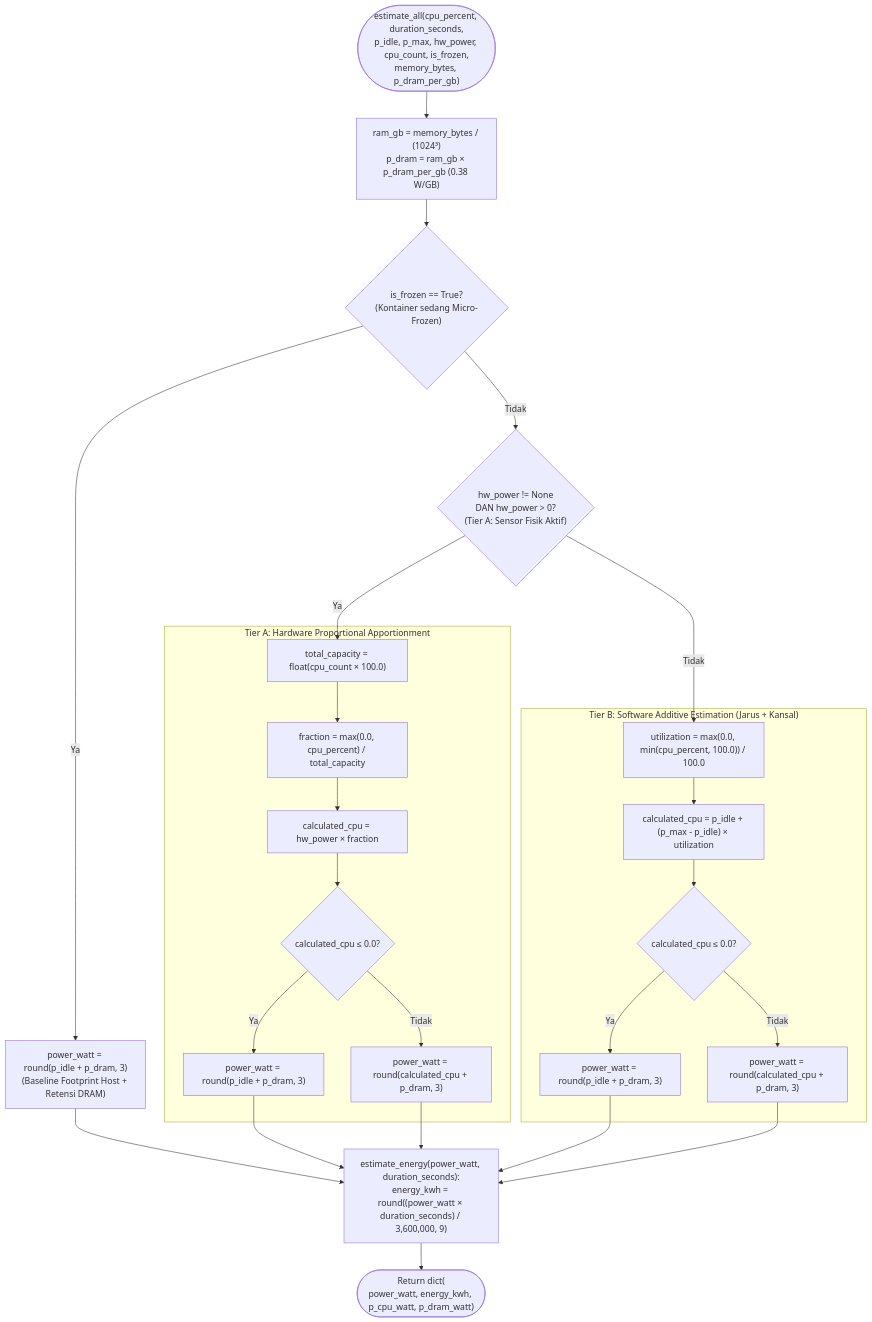
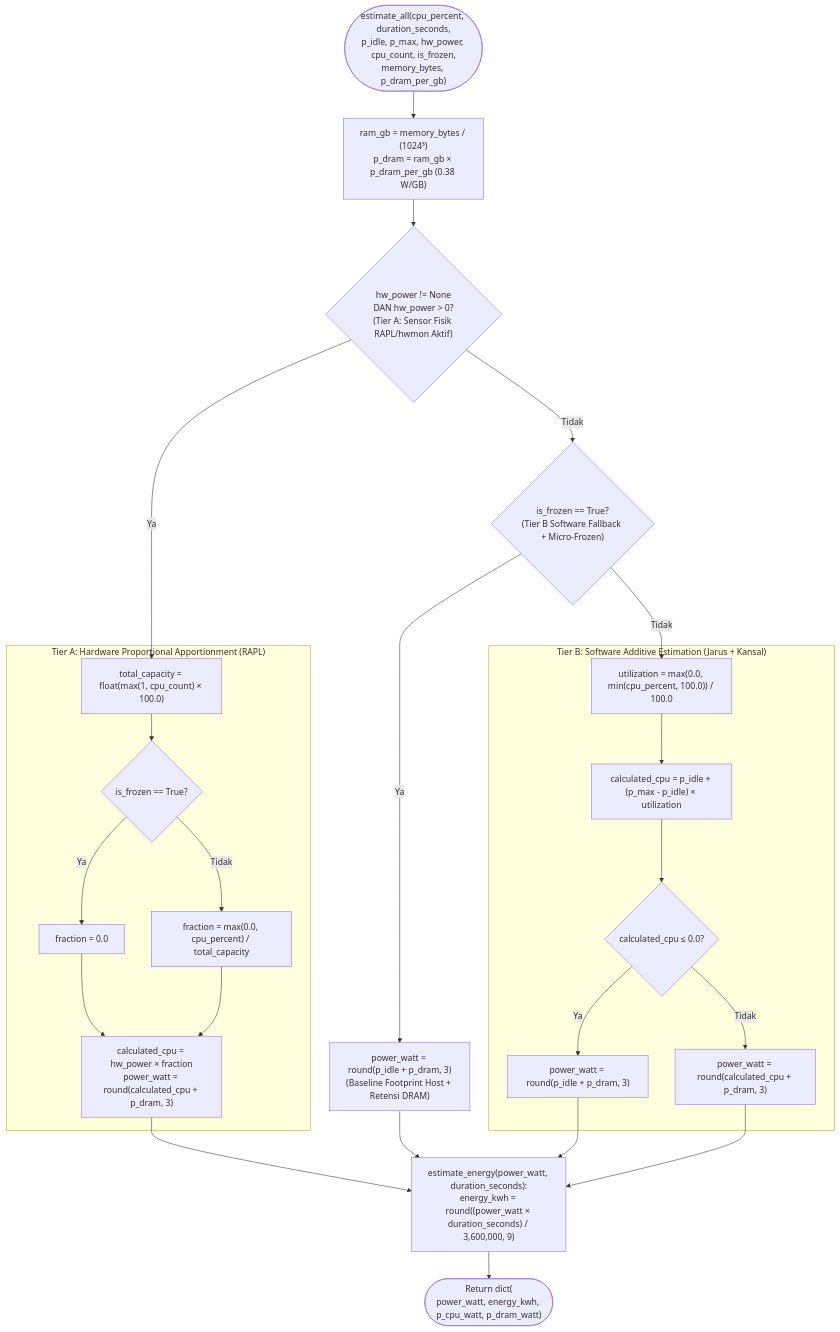
One commit to fauzanreza/green-container-framework changed the first of 2 diagrams in architecture-diagrams/supplementary/01_energy_estimator.md. Above: the diagram before and after it, drawn with Mermaid. The commit also changed other lines of this file and 9 other files, not shown here.

Commit message:
docs & fix: align architecture, PRD, diagrams, and 3-stage experiment harness

````diff
--- a/architecture-diagrams/supplementary/01_energy_estimator.md
+++ b/architecture-diagrams/supplementary/01_energy_estimator.md
@@ -20,58 +22,57 @@
 ```mermaid
 flowchart TD
     START(["estimate_all(cpu_percent, duration_seconds,<br/>p_idle, p_max, hw_power, cpu_count, is_frozen,<br/>memory_bytes, p_dram_per_gb)"])
 
     CALC_DRAM["ram_gb = memory_bytes / (1024³)<br/>p_dram = ram_gb × p_dram_per_gb (0.38 W/GB)"]
 
-    CHECK_FROZEN{"is_frozen == True?<br/>(Kontainer sedang Micro-Frozen)"}
+    CHECK_HW{"hw_power != None<br/>DAN hw_power > 0?<br/>(Tier A: Sensor Fisik RAPL/hwmon Aktif)"}
+
+    subgraph HW_MODE["Tier A: Hardware Proportional Apportionment (RAPL)"]
+        CALC_CAPACITY["total_capacity = float(max(1, cpu_count) × 100.0)"]
+        CHECK_HW_FROZEN{"is_frozen == True?"}
+        FRAC_ZERO["fraction = 0.0"]
+        CALC_FRACTION["fraction = max(0.0, cpu_percent) / total_capacity"]
+        CALC_HW_WATT["calculated_cpu = hw_power × fraction<br/>power_watt = round(calculated_cpu + p_dram, 3)"]
+    end
+
+    CHECK_FROZEN{"is_frozen == True?<br/>(Tier B Software Fallback + Micro-Frozen)"}
     SET_IDLE_POWER["power_watt = round(p_idle + p_dram, 3)<br/>(Baseline Footprint Host + Retensi DRAM)"]
-
-    CHECK_HW{"hw_power != None<br/>DAN hw_power > 0?<br/>(Tier A: Sensor Fisik Aktif)"}
-
-    subgraph HW_MODE["Tier A: Hardware Proportional Apportionment"]
-        CALC_CAPACITY["total_capacity = float(cpu_count × 100.0)"]
-        CALC_FRACTION["fraction = max(0.0, cpu_percent) / total_capacity"]
-        CALC_HW_WATT["calculated_cpu = hw_power × fraction"]
-        CHECK_HW_ZERO{"calculated_cpu ≤ 0.0?"}
-        HW_FALLBACK_IDLE["power_watt = round(p_idle + p_dram, 3)"]
-        HW_FINAL["power_watt = round(calculated_cpu + p_dram, 3)"]
-    end
 
     subgraph SW_MODE["Tier B: Software Additive Estimation (Jarus + Kansal)"]
         CALC_UTIL["utilization = max(0.0, min(cpu_percent, 100.0)) / 100.0"]
         CALC_SW_WATT["calculated_cpu = p_idle + (p_max - p_idle) × utilization"]
         CHECK_SW_ZERO{"calculated_cpu ≤ 0.0?"}
         SW_FALLBACK_IDLE["power_watt = round(p_idle + p_dram, 3)"]
         SW_FINAL["power_watt = round(calculated_cpu + p_dram, 3)"]
     end
 
     CALC_KWH["estimate_energy(power_watt, duration_seconds):<br/>energy_kwh = round((power_watt × duration_seconds) / 3,600,000, 9)"]
 
     RETURN(["Return dict(<br/>power_watt, energy_kwh, p_cpu_watt, p_dram_watt)"])
 
     START --> CALC_DRAM
-    CALC_DRAM --> CHECK_FROZEN
-    CHECK_FROZEN -->|Ya| SET_IDLE_POWER
-    CHECK_FROZEN -->|Tidak| CHECK_HW
+    CALC_DRAM --> CHECK_HW
 
     CHECK_HW -->|Ya| CALC_CAPACITY
-    CALC_CAPACITY --> CALC_FRACTION
+    CALC_CAPACITY --> CHECK_HW_FROZEN
+    CHECK_HW_FROZEN -->|Ya| FRAC_ZERO
+    CHECK_HW_FROZEN -->|Tidak| CALC_FRACTION
+    FRAC_ZERO --> CALC_HW_WATT
     CALC_FRACTION --> CALC_HW_WATT
-    CALC_HW_WATT --> CHECK_HW_ZERO
-    CHECK_HW_ZERO -->|Ya| HW_FALLBACK_IDLE
-    CHECK_HW_ZERO -->|Tidak| HW_FINAL
 
-    CHECK_HW -->|Tidak| CALC_UTIL
+    CHECK_HW -->|Tidak| CHECK_FROZEN
+    CHECK_FROZEN -->|Ya| SET_IDLE_POWER
+    CHECK_FROZEN -->|Tidak| CALC_UTIL
+
     CALC_UTIL --> CALC_SW_WATT
     CALC_SW_WATT --> CHECK_SW_ZERO
     CHECK_SW_ZERO -->|Ya| SW_FALLBACK_IDLE
     CHECK_SW_ZERO -->|Tidak| SW_FINAL
 
+    CALC_HW_WATT --> CALC_KWH
     SET_IDLE_POWER --> CALC_KWH
-    HW_FALLBACK_IDLE --> CALC_KWH
-    HW_FINAL --> CALC_KWH
     SW_FALLBACK_IDLE --> CALC_KWH
     SW_FINAL --> CALC_KWH
 
     CALC_KWH --> RETURN
 ```
````
